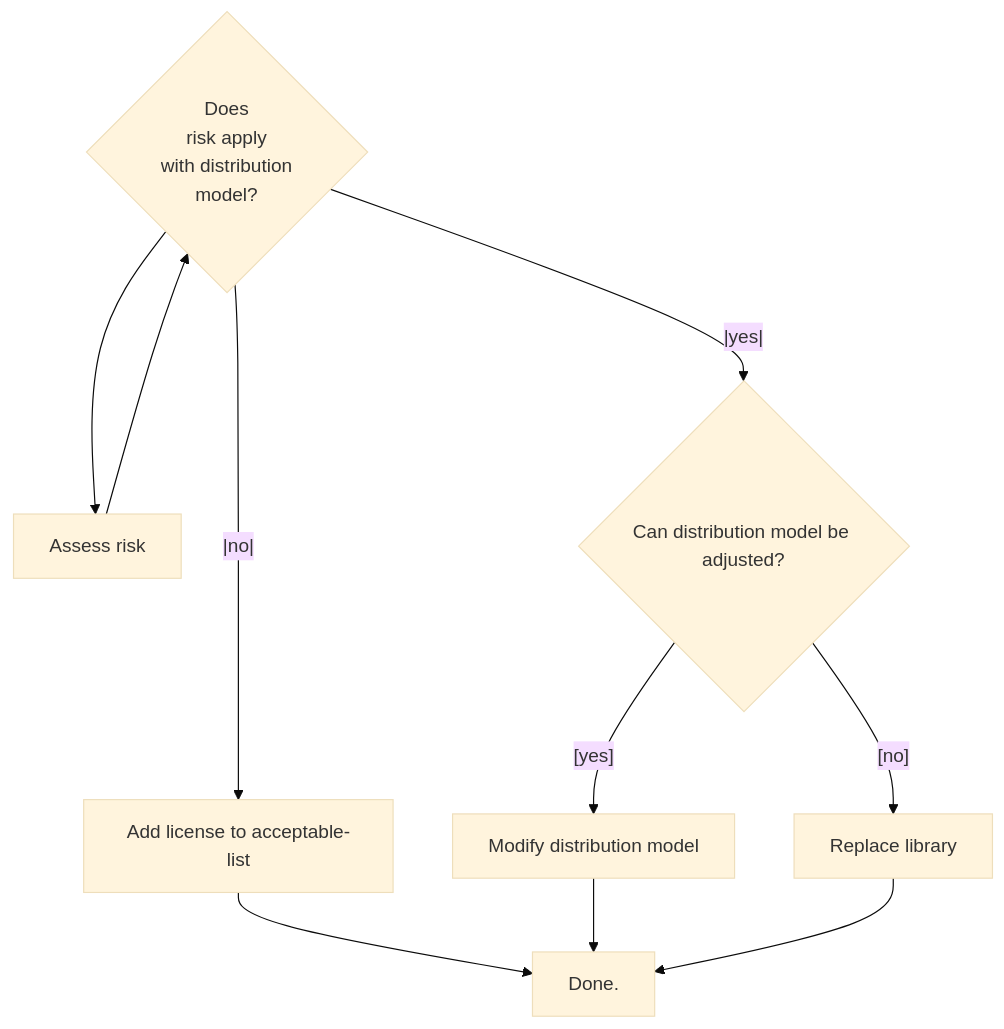
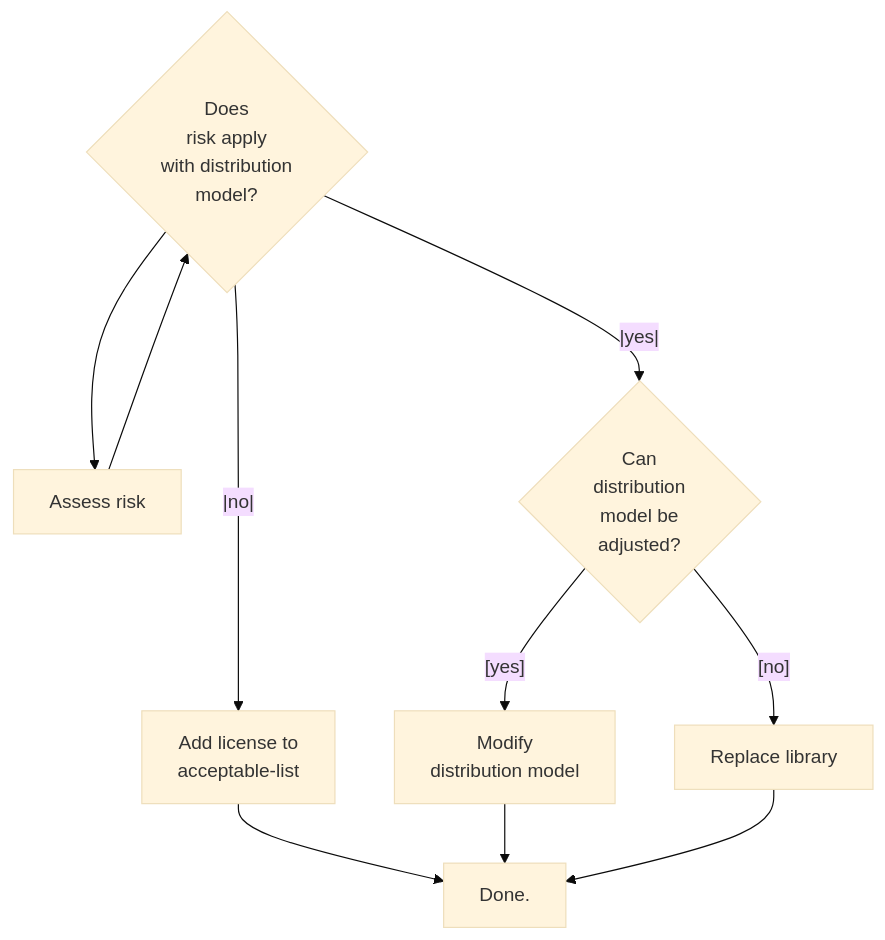
The diagram in docs/workflows/best-practices-osh.md (Software-Improvement-Group/sigridci), drawn with Mermaid (base theme) before and after one commit.

Commit message:
more tweaks

````diff
--- a/docs/workflows/best-practices-osh.md
+++ b/docs/workflows/best-practices-osh.md
@@ -270,9 +270,9 @@
 ```mermaid
 graph TD; 
     D[license risk detected]-->A[Assess risk];
     A-->D{"Does\n risk apply\n with distribution\n model?"};
-    D--|yes|-->D_yes{Can distribution model be adjusted?};
-    D--|no|-->D_no["Add license to acceptable-list"]-->E["Done."];
-    D_yes--[yes]-->M[Modify distribution model]-->E;
+    D--|yes|-->D_yes{"Can\n distribution\n model be\n adjusted?"};
+    D--|no|-->D_no["Add license to\n acceptable-list"]-->E["Done."];
+    D_yes--[yes]-->M[Modify\n distribution model]-->E;
     D_yes--[no]-->R[Replace library]-->E;
 ```
````
